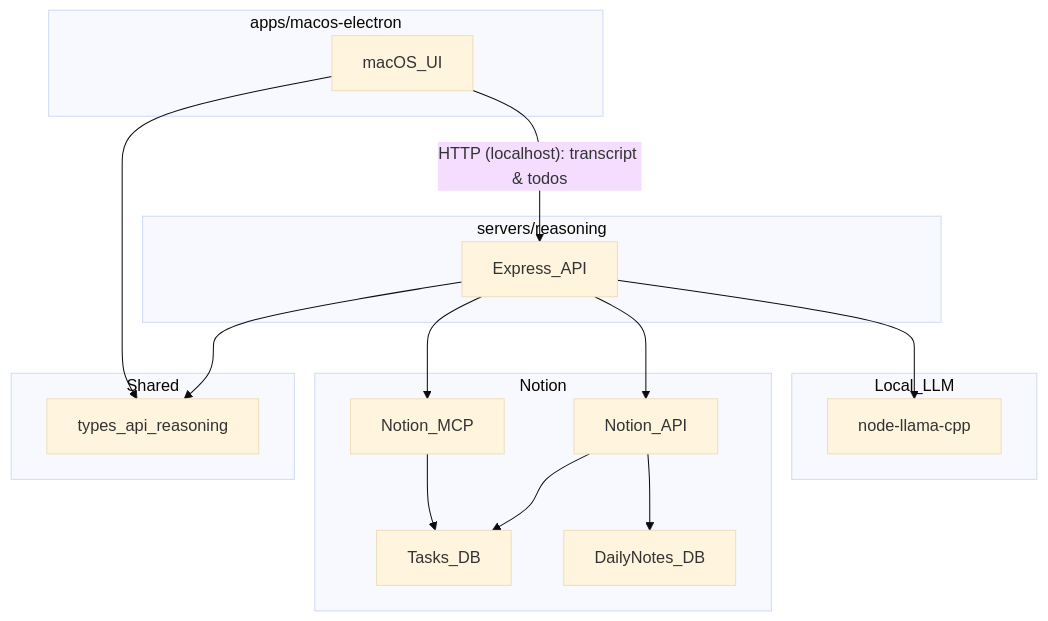
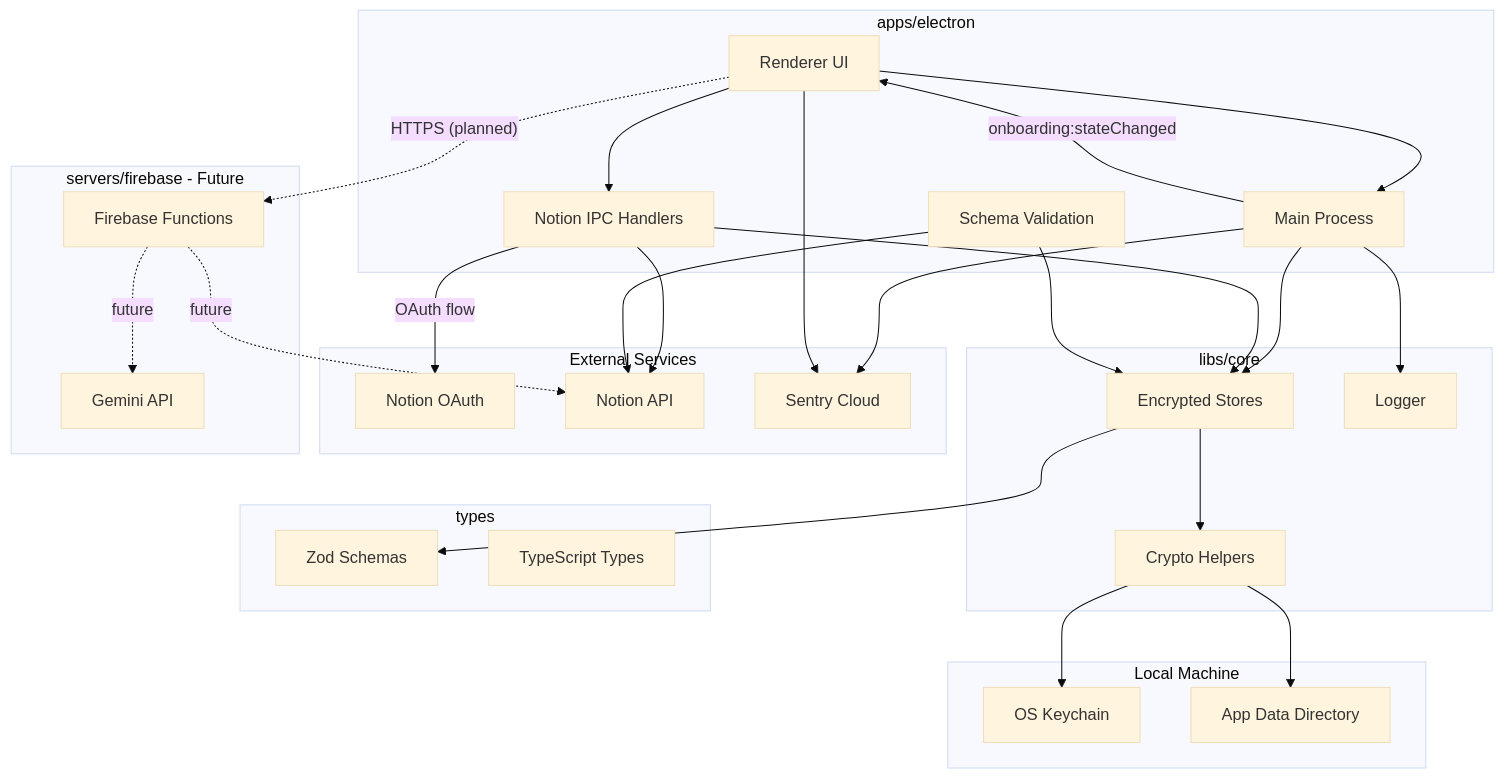
The diagram in ARCH.md (hcwiley/flwst), drawn with Mermaid (base theme) before and after one commit. The commit also changed other lines of this file and 89 other files, not shown here.

First line of the commit message:
feat: Onboarding Flow + Notion Setup (#6)

````diff
--- a/ARCH.md
+++ b/ARCH.md
@@ -20,37 +40,57 @@
 ```mermaid
 flowchart TD
-  subgraph App[apps/macos-electron]
-    MacUI[macOS_UI]
+  subgraph App[apps/electron]
+    Renderer[Renderer UI]
+    Main[Main Process]
+    NotionIPC[Notion IPC Handlers]
+    SchemaValidation[Schema Validation]
   end
 
-  subgraph Server[servers/reasoning]
-    ReasoningAPI[Express_API]
+  subgraph Core[libs/core]
+    Stores[Encrypted Stores]
+    Crypto[Crypto Helpers]
+    Logger[Logger]
   end
 
-  subgraph LocalLLM[Local_LLM]
-    Llama[node-llama-cpp]
+  subgraph Types[types]
+    ZodSchemas[Zod Schemas]
+    TypeDefs[TypeScript Types]
   end
 
-  subgraph Notion[Notion]
-    MCP[Notion_MCP]
-    API[Notion_API]
-    TasksDB[Tasks_DB]
-    DailyDB[DailyNotes_DB]
+  subgraph Local[Local Machine]
+    Keychain[OS Keychain]
+    Files[App Data Directory]
   end
 
-  subgraph Shared[Shared]
-    Types[types_api_reasoning]
+  subgraph External[External Services]
+    NotionOAuth[Notion OAuth]
+    NotionAPI[Notion API]
+    SentryAPI[Sentry Cloud]
   end
 
-  MacUI -->|"HTTP (localhost): transcript & todos"| ReasoningAPI
-  ReasoningAPI --> Llama
-  ReasoningAPI --> MCP
-  ReasoningAPI --> API
+  subgraph Firebase[servers/firebase - Future]
+    Functions[Firebase Functions]
+    Gemini[Gemini API]
+  end
 
-  MCP --> TasksDB
-  API --> TasksDB
-  API --> DailyDB
+  Renderer --> Main
+  Renderer --> NotionIPC
+  Main -->|"onboarding:stateChanged"| Renderer
+  Main --> Stores
+  NotionIPC --> NotionAPI
+  NotionIPC -->|OAuth flow| NotionOAuth
+  NotionIPC --> Stores
+  SchemaValidation --> NotionAPI
+  SchemaValidation --> Stores
+  Stores --> Crypto
+  Stores --> ZodSchemas
+  Crypto --> Keychain
+  Crypto --> Files
+  Main --> Logger
+  Main --> SentryAPI
+  Renderer --> SentryAPI
 
-  MacUI --> Types
-  ReasoningAPI --> Types
+  Renderer -.->|"HTTPS (planned)"| Functions
+  Functions -.->|future| Gemini
+  Functions -.->|future| NotionAPI
 ```
````
